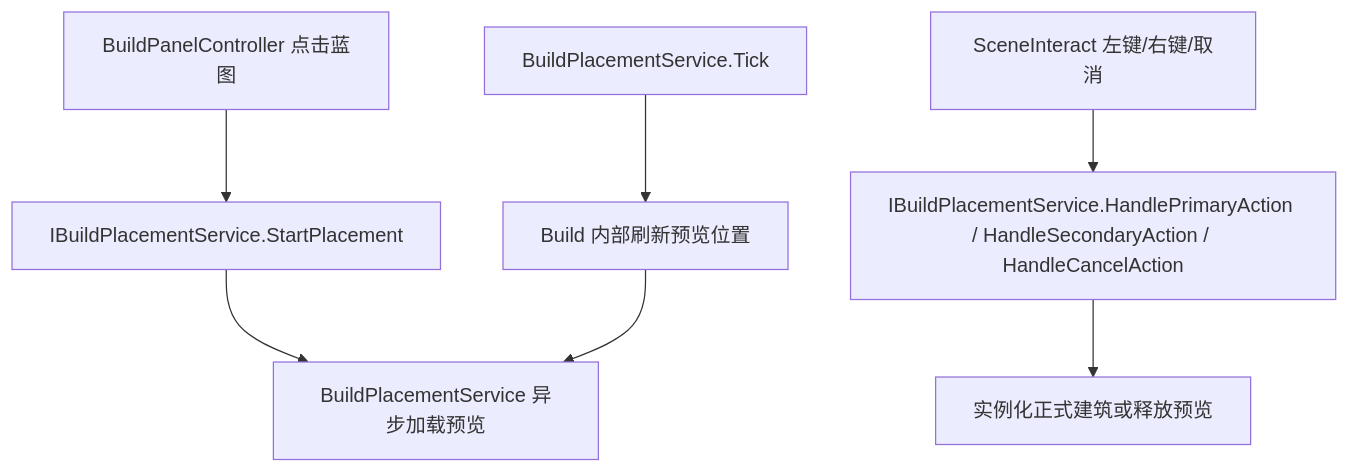
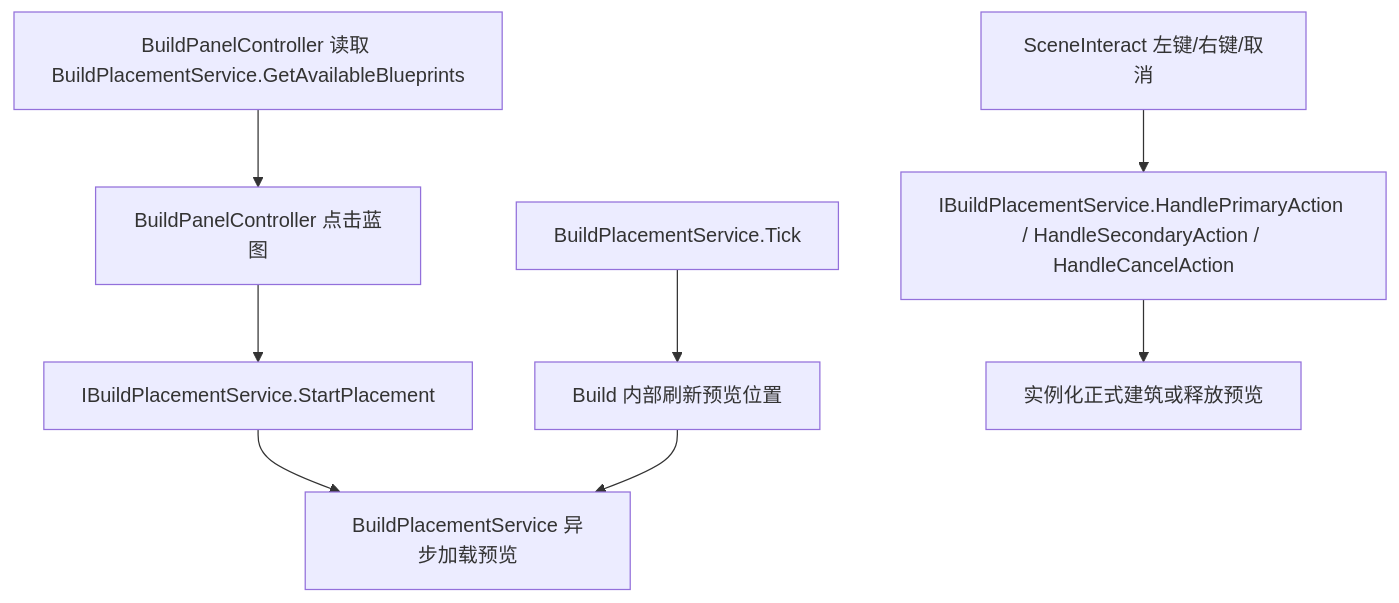
The diagram in Assets/Scripts/Build/README.md (PatrickTwo/GameDesign4.0), drawn with Mermaid before and after one commit. The commit also changed other lines of this file and 69 other files, not shown here.

````diff
--- a/Assets/Scripts/Build/README.md
+++ b/Assets/Scripts/Build/README.md
@@ -46,9 +45,10 @@
 ```mermaid
 flowchart TD
-    A["BuildPanelController 点击蓝图"] --> B["IBuildPlacementService.StartPlacement"]
-    B --> C["BuildPlacementService 异步加载预览"]
-    D["BuildPlacementService.Tick"] --> E["Build 内部刷新预览位置"]
-    E --> C
-    F["SceneInteract 左键/右键/取消"] --> G["IBuildPlacementService.HandlePrimaryAction / HandleSecondaryAction / HandleCancelAction"]
-    G --> H["实例化正式建筑或释放预览"]
+    A["BuildPanelController 读取 BuildPlacementService.GetAvailableBlueprints"] --> B["BuildPanelController 点击蓝图"]
+    B --> C["IBuildPlacementService.StartPlacement"]
+    C --> D["BuildPlacementService 异步加载预览"]
+    E["BuildPlacementService.Tick"] --> F["Build 内部刷新预览位置"]
+    F --> D
+    G["SceneInteract 左键/右键/取消"] --> H["IBuildPlacementService.HandlePrimaryAction / HandleSecondaryAction / HandleCancelAction"]
+    H --> I["实例化正式建筑或释放预览"]
 ```
````
